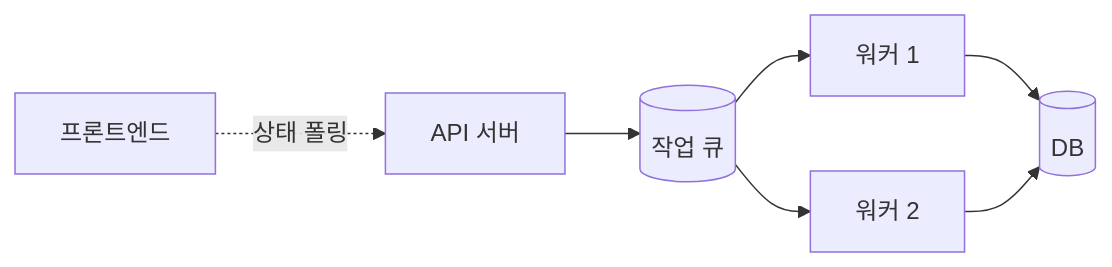
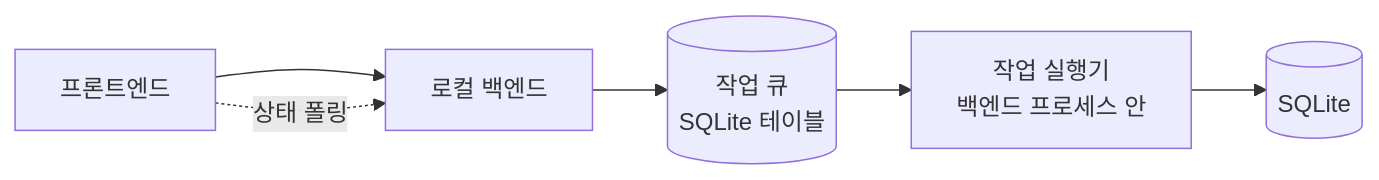
Before and after one commit to mminjae97/retcona: the eighth of 9 diagrams in README.md, drawn with Mermaid. The commit also changed other lines of this file and 3 other files, not shown here.

````diff
--- a/README.md
+++ b/README.md
@@ -587,9 +547,8 @@
 ```mermaid
 flowchart LR
-    API[API 서버] --> Q[(작업 큐)]
-    Q --> W1[워커 1]
-    Q --> W2[워커 2]
-    W1 --> DB[(DB)]
-    W2 --> DB
-    FE[프론트엔드] -.상태 폴링.-> API
+    FE[프론트엔드] --> API[로컬 백엔드]
+    API --> Q[(작업 큐<br/>SQLite 테이블)]
+    Q --> W[작업 실행기<br/>백엔드 프로세스 안]
+    W --> DB[(SQLite)]
+    FE -.상태 폴링.-> API
 ```
````
